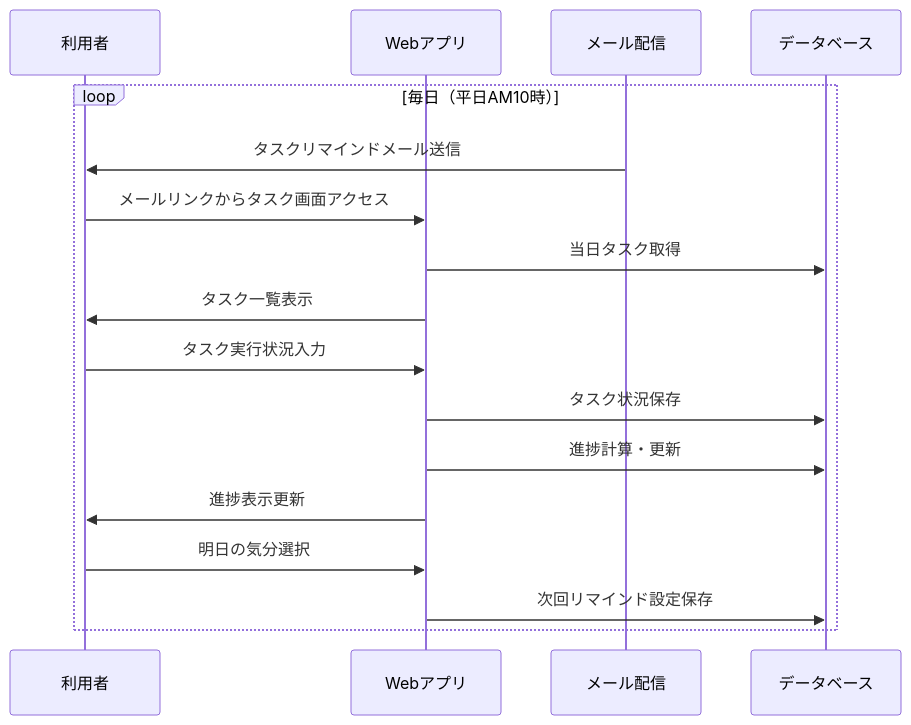
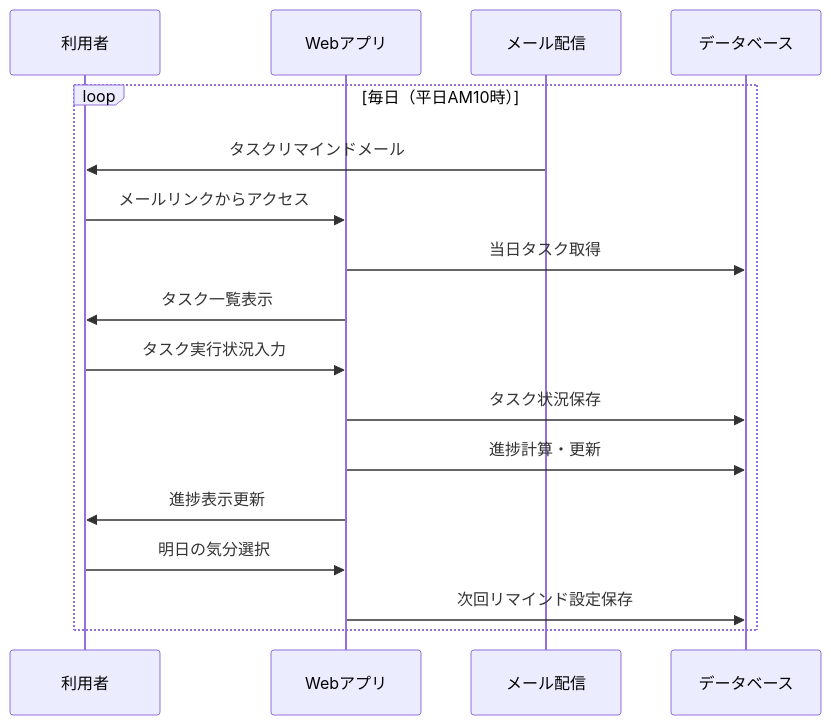
Before and after one commit to satoshi256kbyte/goal-mandala: the second of 3 diagrams in .kiro/steering/1-product-overview.md, drawn with Mermaid. The commit also changed other lines of this file and 10 other files, not shown here.

````diff
--- a/.kiro/steering/1-product-overview.md
+++ b/.kiro/steering/1-product-overview.md
@@ -121,22 +95,22 @@
 ```mermaid
 sequenceDiagram
     participant U as 利用者
     participant W as Webアプリ
     participant M as メール配信
     participant D as データベース
 
     loop 毎日（平日AM10時）
-        M->>U: タスクリマインドメール送信
-        U->>W: メールリンクからタスク画面アクセス
+        M->>U: タスクリマインドメール
+        U->>W: メールリンクからアクセス
         W->>D: 当日タスク取得
         W->>U: タスク一覧表示
   
         U->>W: タスク実行状況入力
         W->>D: タスク状況保存
         W->>D: 進捗計算・更新
         W->>U: 進捗表示更新
   
         U->>W: 明日の気分選択
         W->>D: 次回リマインド設定保存
     end
 ```
````
